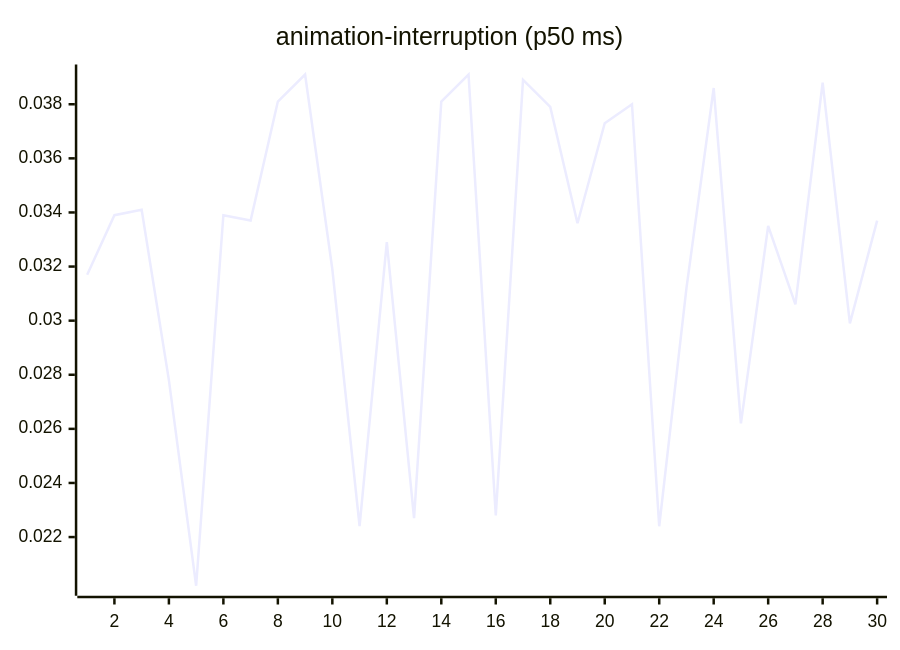
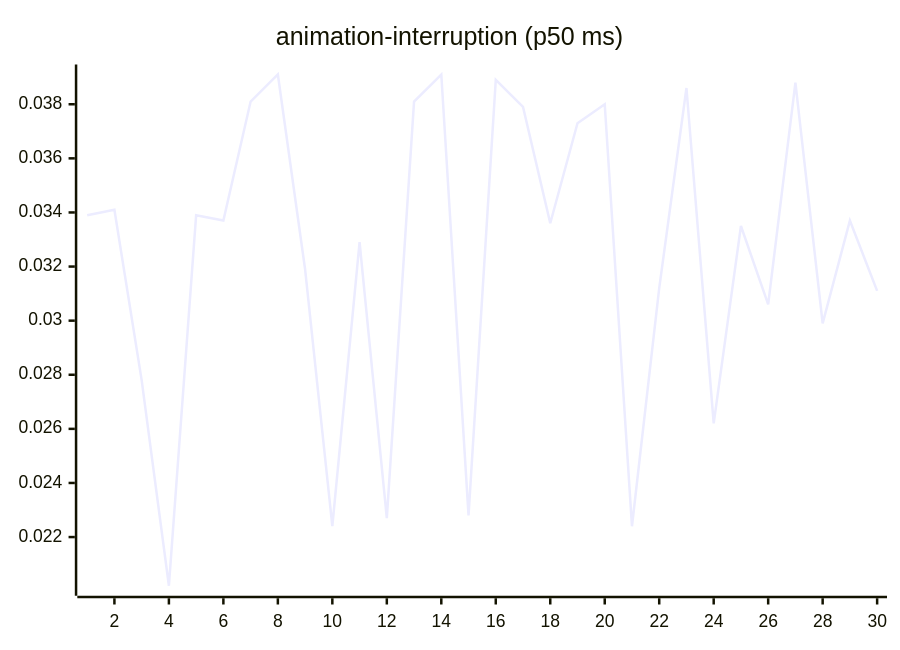
The third of 27 diagrams in README.md (josha/Facet), drawn with Mermaid before and after one commit. The commit also changed other lines of this file and 2 other files, not shown here.

````diff
--- a/README.md
+++ b/README.md
@@ -77,6 +77,6 @@
 ```mermaid
 xychart-beta
     title "animation-interruption (p50 ms)"
     x-axis 1 --> 30
-    line [0.0317, 0.0339, 0.0341, 0.0278, 0.0202, 0.0339, 0.0337, 0.0381, 0.0391, 0.0319, 0.0224, 0.0329, 0.0227, 0.0381, 0.0391, 0.0228, 0.0389, 0.0379, 0.0336, 0.0373, 0.0380, 0.0224, 0.0312, 0.0386, 0.0262, 0.0335, 0.0306, 0.0388, 0.0299, 0.0337]
+    line [0.0339, 0.0341, 0.0278, 0.0202, 0.0339, 0.0337, 0.0381, 0.0391, 0.0319, 0.0224, 0.0329, 0.0227, 0.0381, 0.0391, 0.0228, 0.0389, 0.0379, 0.0336, 0.0373, 0.0380, 0.0224, 0.0312, 0.0386, 0.0262, 0.0335, 0.0306, 0.0388, 0.0299, 0.0337, 0.0311]
 ```
````
